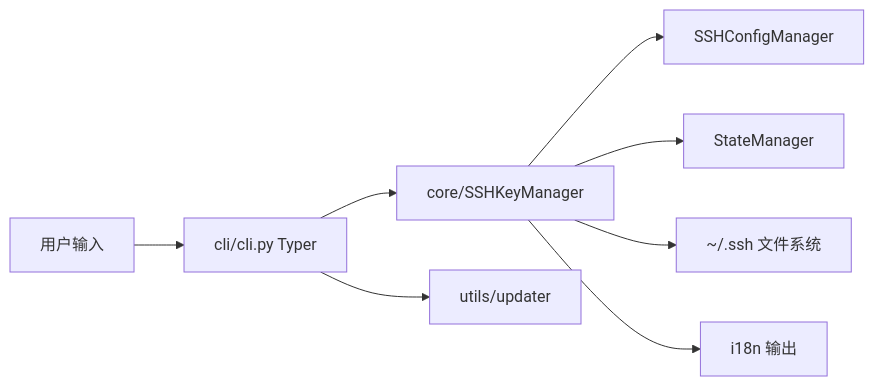
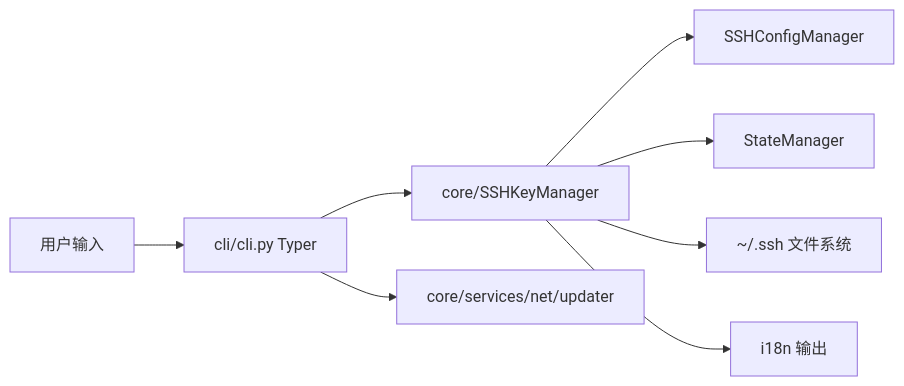
The first of 2 diagrams in docs/DEVELOPER.md (365tools/SSHKeyManager), drawn with Mermaid before and after one commit. The commit also changed other lines of this file and 78 other files, not shown here.

````diff
--- a/docs/DEVELOPER.md
+++ b/docs/DEVELOPER.md
@@ -88,10 +94,10 @@
 ```mermaid
 flowchart LR
     A[用户输入] --> B[cli/cli.py  Typer]
     B --> D[core/SSHKeyManager]
     D --> E[SSHConfigManager]
     D --> F[StateManager]
     D --> G[~/.ssh 文件系统]
-    B --> H[utils/updater]
+    B --> H[core/services/net/updater]
     D --> I[i18n 输出]
 ```
````
